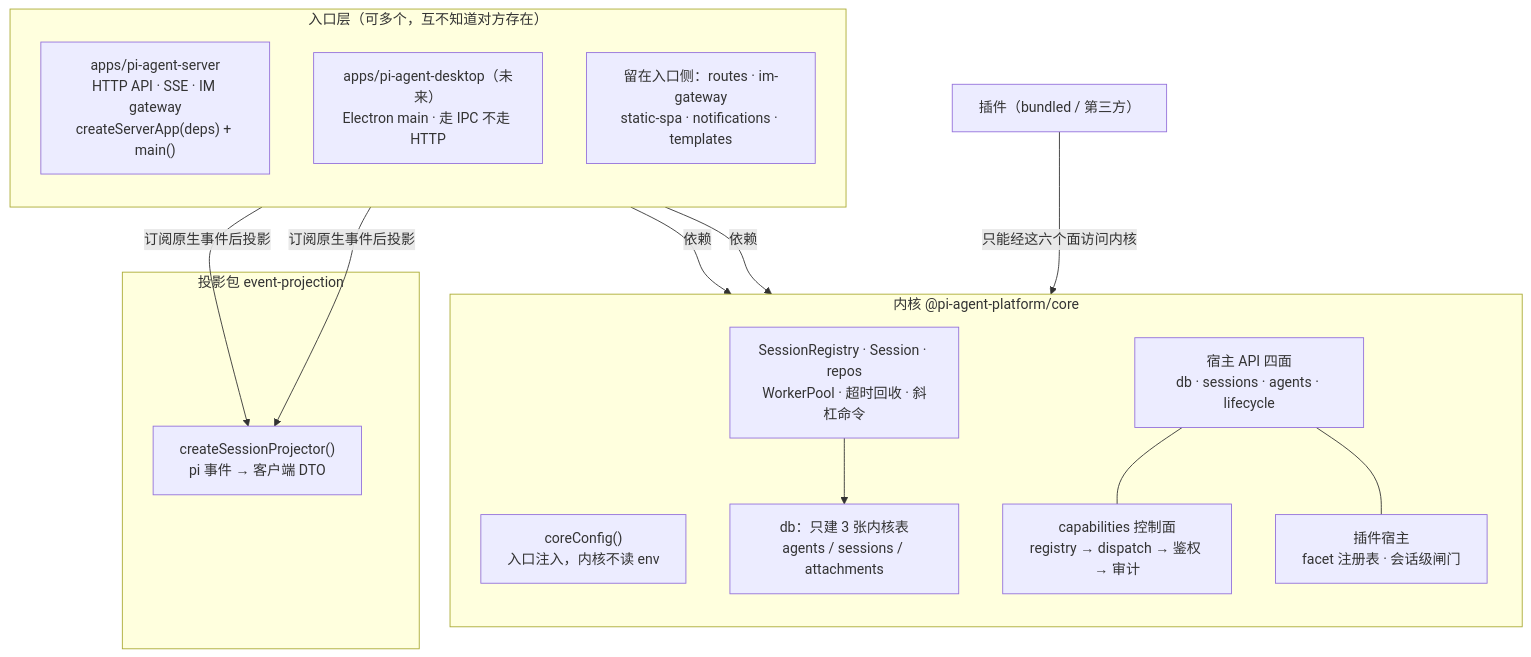
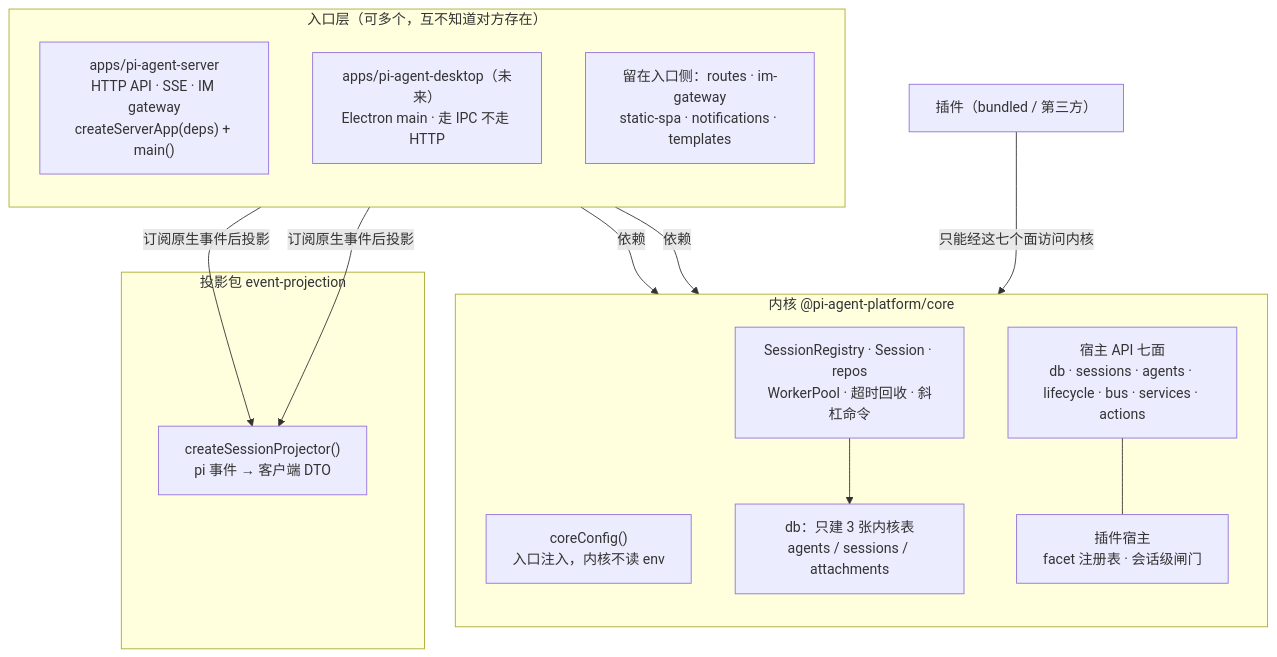
Before and after one commit to shinexsf/pi-agent-platform: the diagram in doc/architecture/pi-agent-server_core-sdk.md, drawn with Mermaid. The commit also changed other lines of this file and 20 other files, not shown here.

````diff
--- a/doc/architecture/pi-agent-server_core-sdk.md
+++ b/doc/architecture/pi-agent-server_core-sdk.md
@@ -15,34 +15,32 @@
 ```mermaid
 flowchart TB
     subgraph Entries["入口层（可多个，互不知道对方存在）"]
         direction TB
         E1["apps/pi-agent-server<br/>HTTP API · SSE · IM gateway<br/>createServerApp(deps) + main()"]
         E2["apps/pi-agent-desktop（未来）<br/>Electron main · 走 IPC 不走 HTTP"]
         S1["留在入口侧：routes · im-gateway<br/>static-spa · notifications · templates"]
     end
 
     subgraph CoreBox["内核 @pi-agent-platform/core"]
         direction TB
         K5["coreConfig()<br/>入口注入，内核不读 env"]
         K2["SessionRegistry · Session · repos<br/>WorkerPool · 超时回收 · 斜杠命令"]
         K1["db：只建 3 张内核表<br/>agents / sessions / attachments"]
-        K6["宿主 API 四面<br/>db · sessions · agents · lifecycle"]
-        K3["capabilities 控制面<br/>registry → dispatch → 鉴权 → 审计"]
+        K6["宿主 API 七面<br/>db · sessions · agents · lifecycle · bus · services · actions"]
         K4["插件宿主<br/>facet 注册表 · 会话级闸门"]
     end
 
     subgraph ProjBox["投影包 event-projection"]
         P1["createSessionProjector()<br/>pi 事件 → 客户端 DTO"]
     end
 
     PLG["插件（bundled / 第三方）"]
 
     E1 -->|"依赖"| K2
     E2 -->|"依赖"| K2
     E1 -->|"订阅原生事件后投影"| P1
     E2 -->|"订阅原生事件后投影"| P1
     K2 --> K1
-    K6 --- K3
     K6 --- K4
-    PLG -->|"只能经这六个面访问内核"| K6
+    PLG -->|"只能经这七个面访问内核"| K6
 ```
````
